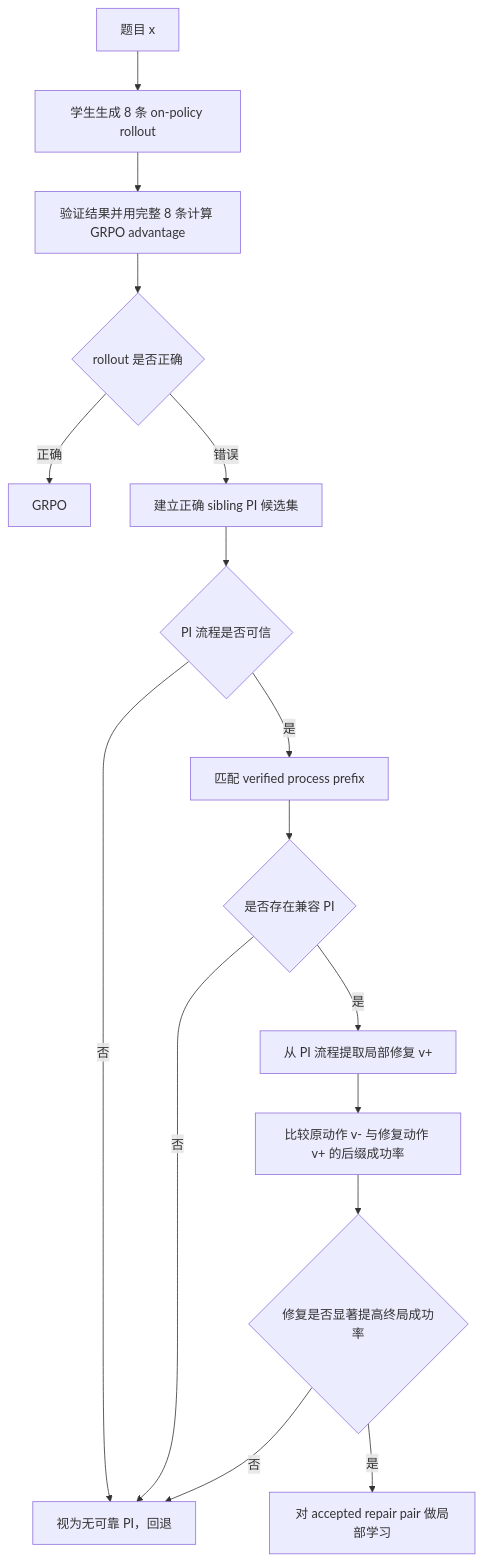
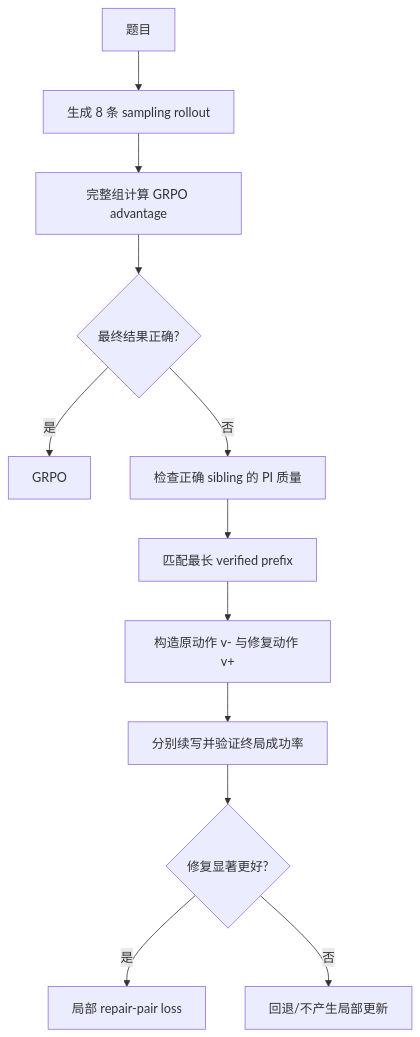
The diagram in README.md (Krisyang7/opsd), drawn with Mermaid before and after one commit. The commit also changed other lines of this file, not shown here.

````diff
--- a/README.md
+++ b/README.md
@@ -87,18 +93,14 @@
 ```mermaid
 flowchart TD
-    X[题目 x] --> R[学生生成 8 条 on-policy rollout]
-    R --> A[验证结果并用完整 8 条计算 GRPO advantage]
-    A --> C{rollout 是否正确}
-    C -->|正确| G[GRPO]
-    C -->|错误| B[建立正确 sibling PI 候选集]
-    B --> Q{PI 流程是否可信}
-    Q -->|否| F[视为无可靠 PI，回退]
-    Q -->|是| M[匹配 verified process prefix]
-    M --> E{是否存在兼容 PI}
-    E -->|否| F
-    E -->|是| P[从 PI 流程提取局部修复 v+]
-    P --> V[比较原动作 v- 与修复动作 v+ 的后缀成功率]
-    V --> U{修复是否显著提高终局成功率}
-    U -->|否| F
-    U -->|是| L[对 accepted repair pair 做局部学习]
+    X[题目] --> R[生成 8 条 sampling rollout]
+    R --> A[完整组计算 GRPO advantage]
+    A --> C{最终结果正确?}
+    C -->|是| G[GRPO]
+    C -->|否| Q[检查正确 sibling 的 PI 质量]
+    Q --> M[匹配最长 verified prefix]
+    M --> P[构造原动作 v- 与修复动作 v+]
+    P --> V[分别续写并验证终局成功率]
+    V --> U{修复显著更好?}
+    U -->|是| L[局部 repair-pair loss]
+    U -->|否| F[回退/不产生局部更新]
 ```
````
